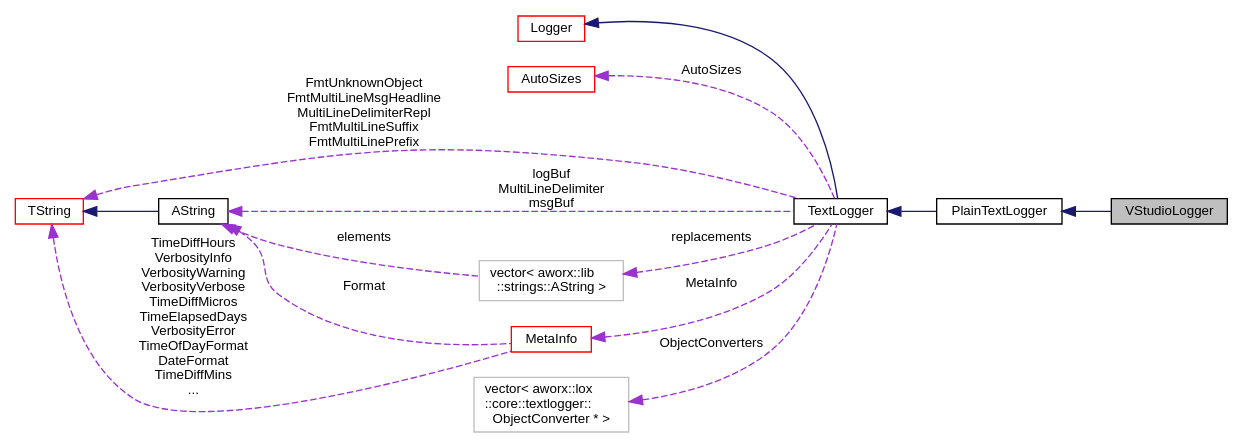
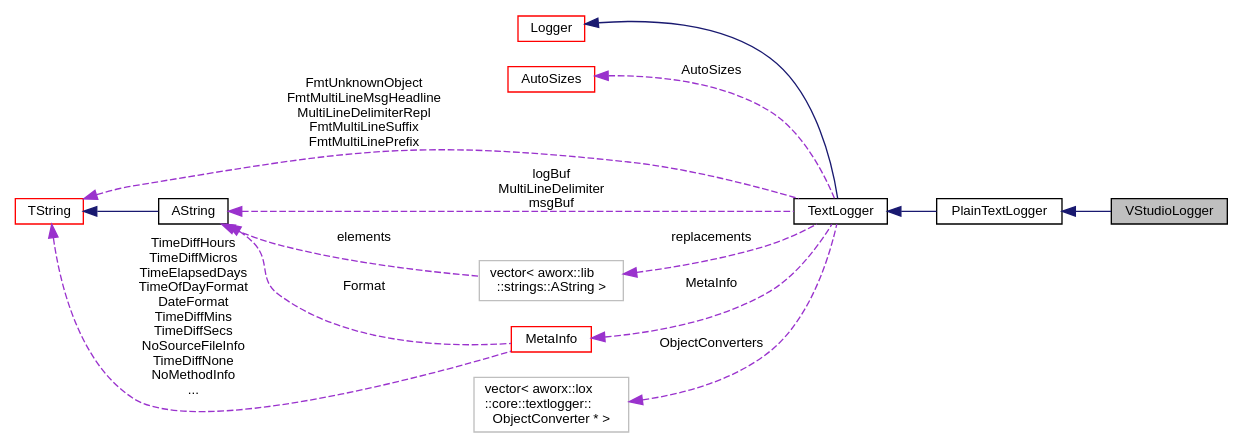
The diagram in cpp_ref/classaworx_1_1lox_1_1loggers_1_1VStudioLogger__coll__graph.dot (AlexWorx/ALox-Logging-Library), drawn with Graphviz before and after one commit. The commit also changed 1947 other files, not shown here.

```diff
--- a/cpp_ref/classaworx_1_1lox_1_1loggers_1_1VStudioLogger__coll__graph.dot
+++ b/cpp_ref/classaworx_1_1lox_1_1loggers_1_1VStudioLogger__coll__graph.dot
@@ -1,29 +1,29 @@
 digraph "VStudioLogger"
 {
   edge [fontname="Helvetica",fontsize="10",labelfontname="Helvetica",labelfontsize="10"];
   node [fontname="Helvetica",fontsize="10",shape=record];
   rankdir="LR";
   Node1 [label="VStudioLogger",height=0.2,width=0.4,color="black", fillcolor="grey75", style="filled", fontcolor="black"];
   Node2 -> Node1 [dir="back",color="midnightblue",fontsize="10",style="solid",fontname="Helvetica"];
   Node2 [label="PlainTextLogger",height=0.2,width=0.4,color="black", fillcolor="white", style="filled",URL="$classaworx_1_1lox_1_1core_1_1textlogger_1_1PlainTextLogger.html"];
   Node3 -> Node2 [dir="back",color="midnightblue",fontsize="10",style="solid",fontname="Helvetica"];
   Node3 [label="TextLogger",height=0.2,width=0.4,color="black", fillcolor="white", style="filled",URL="$classaworx_1_1lox_1_1core_1_1textlogger_1_1TextLogger.html"];
   Node4 -> Node3 [dir="back",color="midnightblue",fontsize="10",style="solid",fontname="Helvetica"];
   Node4 [label="Logger",height=0.2,width=0.4,color="red", fillcolor="white", style="filled",URL="$classaworx_1_1lox_1_1core_1_1Logger.html"];
   Node5 -> Node3 [dir="back",color="darkorchid3",fontsize="10",style="dashed",label=" AutoSizes" ,fontname="Helvetica"];
   Node5 [label="AutoSizes",height=0.2,width=0.4,color="red", fillcolor="white", style="filled",URL="$classaworx_1_1lox_1_1core_1_1textlogger_1_1AutoSizes.html"];
   Node6 -> Node3 [dir="back",color="darkorchid3",fontsize="10",style="dashed",label=" replacements" ,fontname="Helvetica"];
   Node6 [label="vector\< aworx::lib\l::strings::AString \>",height=0.2,width=0.4,color="grey75", fillcolor="white", style="filled"];
   Node7 -> Node6 [dir="back",color="darkorchid3",fontsize="10",style="dashed",label=" elements" ,fontname="Helvetica"];
   Node7 [label="AString",height=0.2,width=0.4,color="black", fillcolor="white", style="filled",URL="$classaworx_1_1lib_1_1strings_1_1AString.html"];
   Node8 -> Node7 [dir="back",color="midnightblue",fontsize="10",style="solid",fontname="Helvetica"];
   Node8 [label="TString",height=0.2,width=0.4,color="red", fillcolor="white", style="filled",URL="$classaworx_1_1lib_1_1strings_1_1TString.html"];
   Node8 -> Node3 [dir="back",color="darkorchid3",fontsize="10",style="dashed",label=" FmtUnknownObject\nFmtMultiLineMsgHeadline\nMultiLineDelimiterRepl\nFmtMultiLineSuffix\nFmtMultiLinePrefix" ,fontname="Helvetica"];
   Node9 -> Node3 [dir="back",color="darkorchid3",fontsize="10",style="dashed",label=" MetaInfo" ,fontname="Helvetica"];
   Node9 [label="MetaInfo",height=0.2,width=0.4,color="red", fillcolor="white", style="filled",URL="$classaworx_1_1lox_1_1core_1_1textlogger_1_1MetaInfo.html"];
-  Node8 -> Node9 [dir="back",color="darkorchid3",fontsize="10",style="dashed",label=" TimeDiffHours\nVerbosityInfo\nVerbosityWarning\nVerbosityVerbose\nTimeDiffMicros\nTimeElapsedDays\nVerbosityError\nTimeOfDayFormat\nDateFormat\nTimeDiffMins\n..." ,fontname="Helvetica"];
+  Node8 -> Node9 [dir="back",color="darkorchid3",fontsize="10",style="dashed",label=" TimeDiffHours\nTimeDiffMicros\nTimeElapsedDays\nTimeOfDayFormat\nDateFormat\nTimeDiffMins\nTimeDiffSecs\nNoSourceFileInfo\nTimeDiffNone\nNoMethodInfo\n..." ,fontname="Helvetica"];
   Node7 -> Node9 [dir="back",color="darkorchid3",fontsize="10",style="dashed",label=" Format" ,fontname="Helvetica"];
   Node7 -> Node3 [dir="back",color="darkorchid3",fontsize="10",style="dashed",label=" logBuf\nMultiLineDelimiter\nmsgBuf" ,fontname="Helvetica"];
   Node10 -> Node3 [dir="back",color="darkorchid3",fontsize="10",style="dashed",label=" ObjectConverters" ,fontname="Helvetica"];
   Node10 [label="vector\< aworx::lox\l::core::textlogger::\lObjectConverter * \>",height=0.2,width=0.4,color="grey75", fillcolor="white", style="filled"];
 }
```
